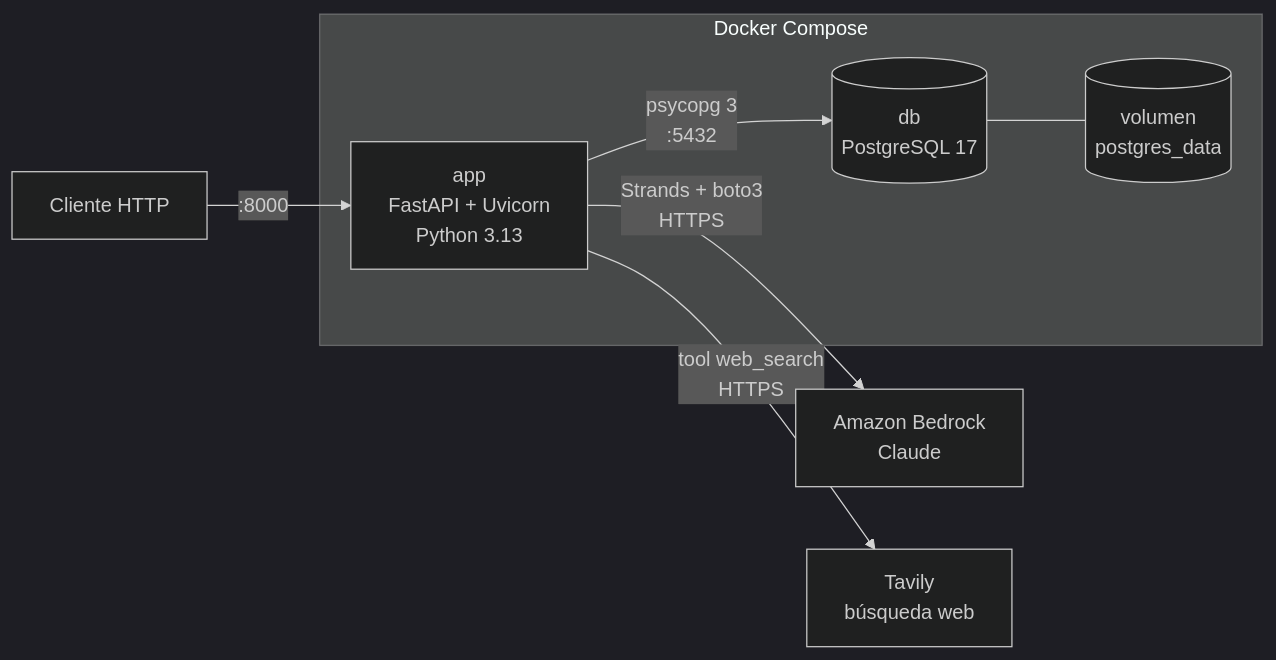
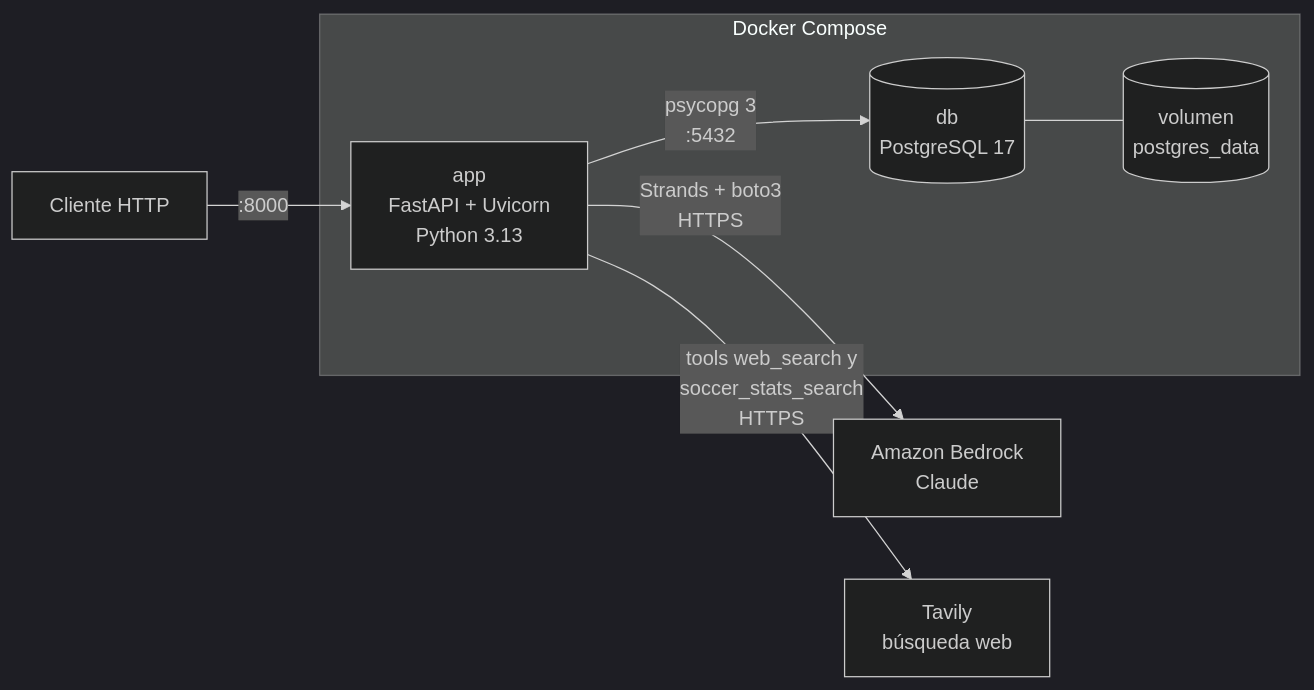
Before and after one commit to javier2233/agent-article-generator: the diagram in docs/architecture.md, drawn with Mermaid (dark theme). The commit also changed other lines of this file and 12 other files, not shown here.

First line of the commit message:
Convierte el agente en soccerAgent y añade la tool soccer_stats_search

````diff
--- a/docs/architecture.md
+++ b/docs/architecture.md
@@ -7,10 +7,10 @@
 ```mermaid
 flowchart LR
     client[Cliente HTTP] -->|:8000| app
     subgraph Docker Compose
         app["app<br/>FastAPI + Uvicorn<br/>Python 3.13"] -->|psycopg 3<br/>:5432| db[("db<br/>PostgreSQL 17")]
         db --- vol[(volumen<br/>postgres_data)]
     end
     app -->|Strands + boto3<br/>HTTPS| bedrock["Amazon Bedrock<br/>Claude"]
-    app -->|tool web_search<br/>HTTPS| tavily["Tavily<br/>búsqueda web"]
+    app -->|tools web_search y<br/>soccer_stats_search<br/>HTTPS| tavily["Tavily<br/>búsqueda web"]
 ```
````
